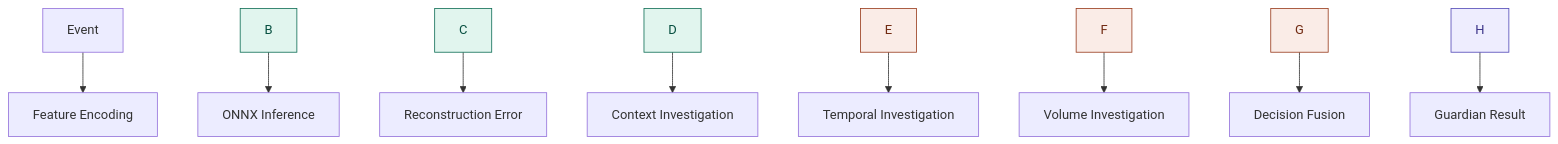
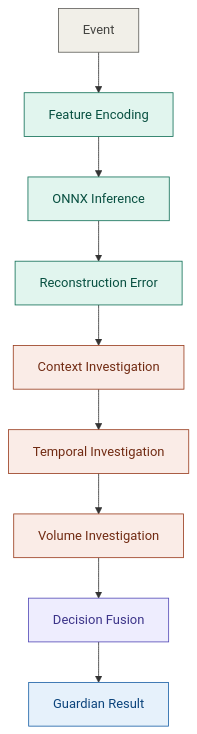
Before and after one commit to Queenrahinee-debug/Local-AI-Guardian: the fourth of 6 diagrams in README.md, drawn with Mermaid. The commit also changed other lines of this file and 11 other files, not shown here.

````diff
--- a/README.md
+++ b/README.md
@@ -288,23 +297,23 @@
 ```mermaid
 flowchart TD
-    A\[Event] --> B\[Feature Encoding]
-    B --> C\[ONNX Inference]
-    C --> D\[Reconstruction Error]
-    D --> E\[Context Investigation]
-    E --> F\[Temporal Investigation]
-    F --> G\[Volume Investigation]
-    G --> H\[Decision Fusion]
-    H --> I\[Guardian Result]
+    A[Event] --> B[Feature Encoding]
+    B --> C[ONNX Inference]
+    C --> D[Reconstruction Error]
+    D --> E[Context Investigation]
+    E --> F[Temporal Investigation]
+    F --> G[Volume Investigation]
+    G --> H[Decision Fusion]
+    H --> I[Guardian Result]
 
     classDef gray fill:#F1EFE8,stroke:#5F5E5A,color:#444441
     classDef teal fill:#E1F5EE,stroke:#0F6E56,color:#085041
     classDef coral fill:#FAECE7,stroke:#993C1D,color:#712B13
     classDef purple fill:#EEEDFE,stroke:#534AB7,color:#3C3489
     classDef blue fill:#E6F1FB,stroke:#185FA5,color:#0C447C
 
     class A gray
     class B,C,D teal
     class E,F,G coral
     class H purple
     class I blue
 ```
````
